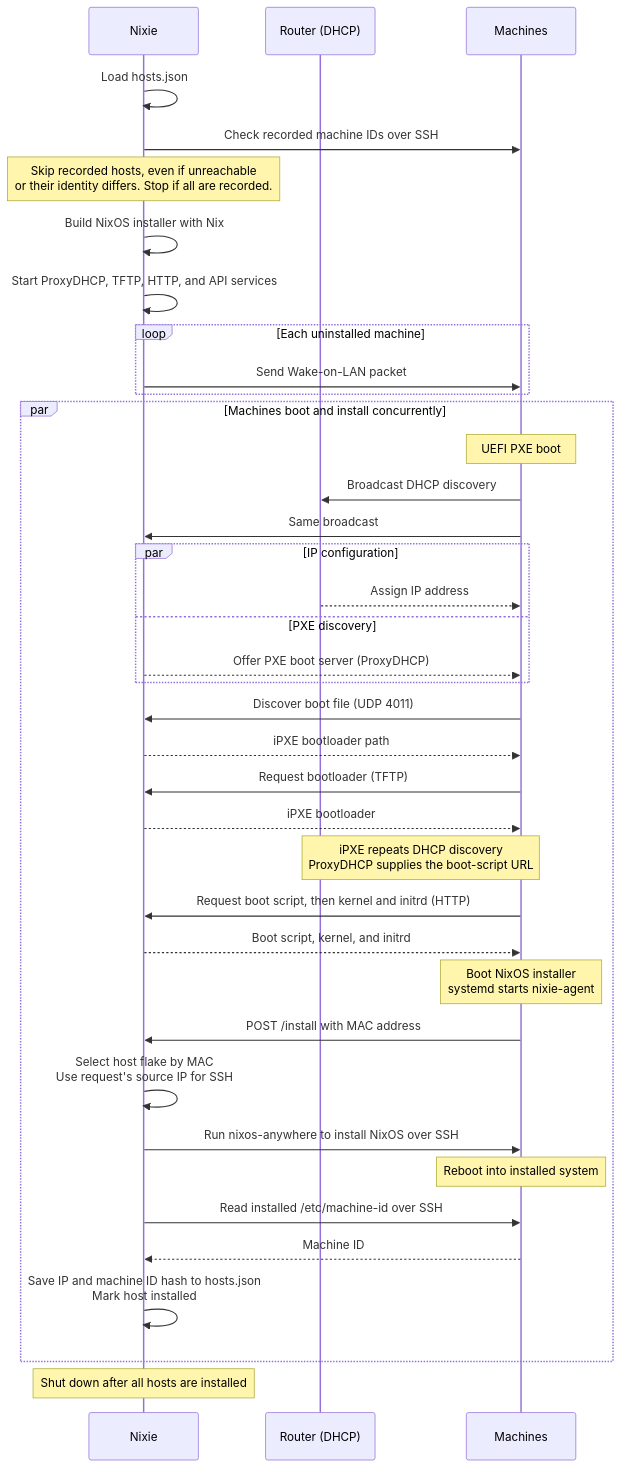
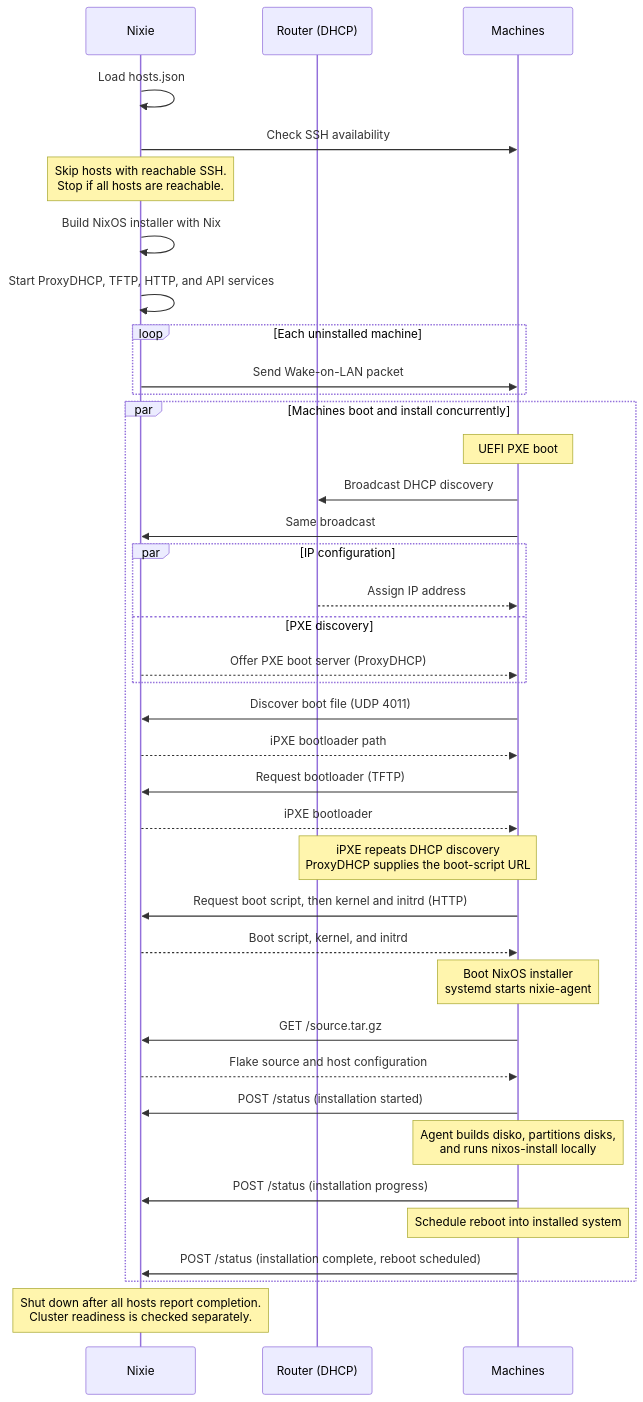
One commit to khuedoan/homelab changed the diagram in docs/concepts/pxe-boot.md. Above: the diagram before and after it, drawn with Mermaid. The commit also changed 3 other files, not shown here.

Commit message:
docs: simplify diagrams

````diff
--- a/docs/concepts/pxe-boot.md
+++ b/docs/concepts/pxe-boot.md
@@ -3,46 +3,46 @@
 ```mermaid
 sequenceDiagram
     participant Nixie
     participant Router as Router (DHCP)
     participant Machines
 
     Nixie->>Nixie: Load hosts.json
-    Nixie->>Machines: Check recorded machine IDs over SSH
-    Note over Nixie: Skip recorded hosts, even if unreachable<br/>or their identity differs. Stop if all are recorded.
+    Nixie->>Machines: Check SSH availability
+    Note over Nixie: Skip hosts with reachable SSH.<br/>Stop if all hosts are reachable.
 
     Nixie->>Nixie: Build NixOS installer with Nix
     Nixie->>Nixie: Start ProxyDHCP, TFTP, HTTP, and API services
     loop Each uninstalled machine
         Nixie->>Machines: Send Wake-on-LAN packet
     end
 
     par Machines boot and install concurrently
         Note over Machines: UEFI PXE boot
         Machines->>Router: Broadcast DHCP discovery
         Machines->>Nixie: Same broadcast
         par IP configuration
             Router-->>Machines: Assign IP address
         and PXE discovery
             Nixie-->>Machines: Offer PXE boot server (ProxyDHCP)
         end
         Machines->>Nixie: Discover boot file (UDP 4011)
         Nixie-->>Machines: iPXE bootloader path
         Machines->>Nixie: Request bootloader (TFTP)
         Nixie-->>Machines: iPXE bootloader
 
         Note over Router,Machines: iPXE repeats DHCP discovery<br/>ProxyDHCP supplies the boot-script URL
         Machines->>Nixie: Request boot script, then kernel and initrd (HTTP)
         Nixie-->>Machines: Boot script, kernel, and initrd
         Note over Machines: Boot NixOS installer<br/>systemd starts nixie-agent
 
-        Machines->>Nixie: POST /install with MAC address
-        Nixie->>Nixie: Select host flake by MAC<br/>Use request's source IP for SSH
-        Nixie->>Machines: Run nixos-anywhere to install NixOS over SSH
-        Note over Machines: Reboot into installed system
-        Nixie->>Machines: Read installed /etc/machine-id over SSH
-        Machines-->>Nixie: Machine ID
-        Nixie->>Nixie: Save IP and machine ID hash to hosts.json<br/>Mark host installed
+        Machines->>Nixie: GET /source.tar.gz
+        Nixie-->>Machines: Flake source and host configuration
+        Machines->>Nixie: POST /status (installation started)
+        Note over Machines: Agent builds disko, partitions disks,<br/>and runs nixos-install locally
+        Machines->>Nixie: POST /status (installation progress)
+        Note over Machines: Schedule reboot into installed system
+        Machines->>Nixie: POST /status (installation complete, reboot scheduled)
     end
 
-    Note over Nixie: Shut down after all hosts are installed
+    Note over Nixie: Shut down after all hosts report completion.<br/>Cluster readiness is checked separately.
 ```
````
